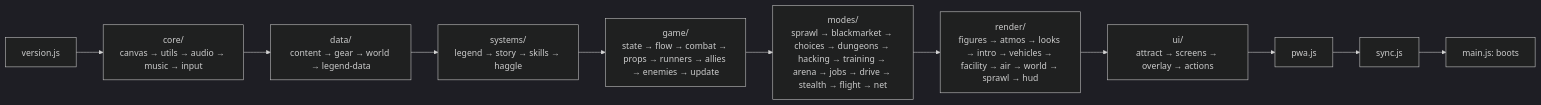
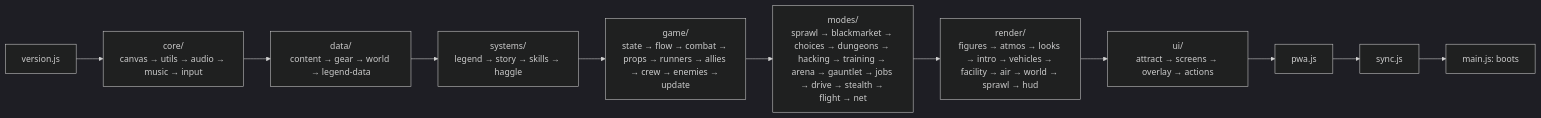
One commit to CptNope/Cyber-City-Tactics changed the first of 3 diagrams in docs/wiki/Architecture.md. Above: the diagram before and after it, drawn with Mermaid (dark theme). The commit also changed other lines of this file and 37 other files, not shown here.

First line of the commit message:
Horizon two, first three: the Gauntlet, crew contracts, and doors the hack can open

````diff
--- a/docs/wiki/Architecture.md
+++ b/docs/wiki/Architecture.md
@@ -26,11 +26,11 @@
 ```mermaid
 flowchart LR
   V[version.js] --> CORE["core/<br/>canvas → utils → audio → music → input"]
   CORE --> DATA["data/<br/>content → gear → world → legend-data"]
   DATA --> SYS["systems/<br/>legend → story → skills → haggle"]
-  SYS --> GAME["game/<br/>state → flow → combat → props → runners → allies → enemies → update"]
-  GAME --> MODES["modes/<br/>sprawl → blackmarket → choices → dungeons → hacking → training → arena → jobs → drive → stealth → flight → net"]
+  SYS --> GAME["game/<br/>state → flow → combat → props → runners → allies → crew → enemies → update"]
+  GAME --> MODES["modes/<br/>sprawl → blackmarket → choices → dungeons → hacking → training → arena → gauntlet → jobs → drive → stealth → flight → net"]
   MODES --> REND["render/<br/>figures → atmos → looks → intro → vehicles → facility → air → world → sprawl → hud"]
   REND --> UI["ui/<br/>attract → screens → overlay → actions"]
   UI --> PWA[pwa.js] --> SYNC[sync.js] --> MAIN[main.js: boots]
 ```
````
